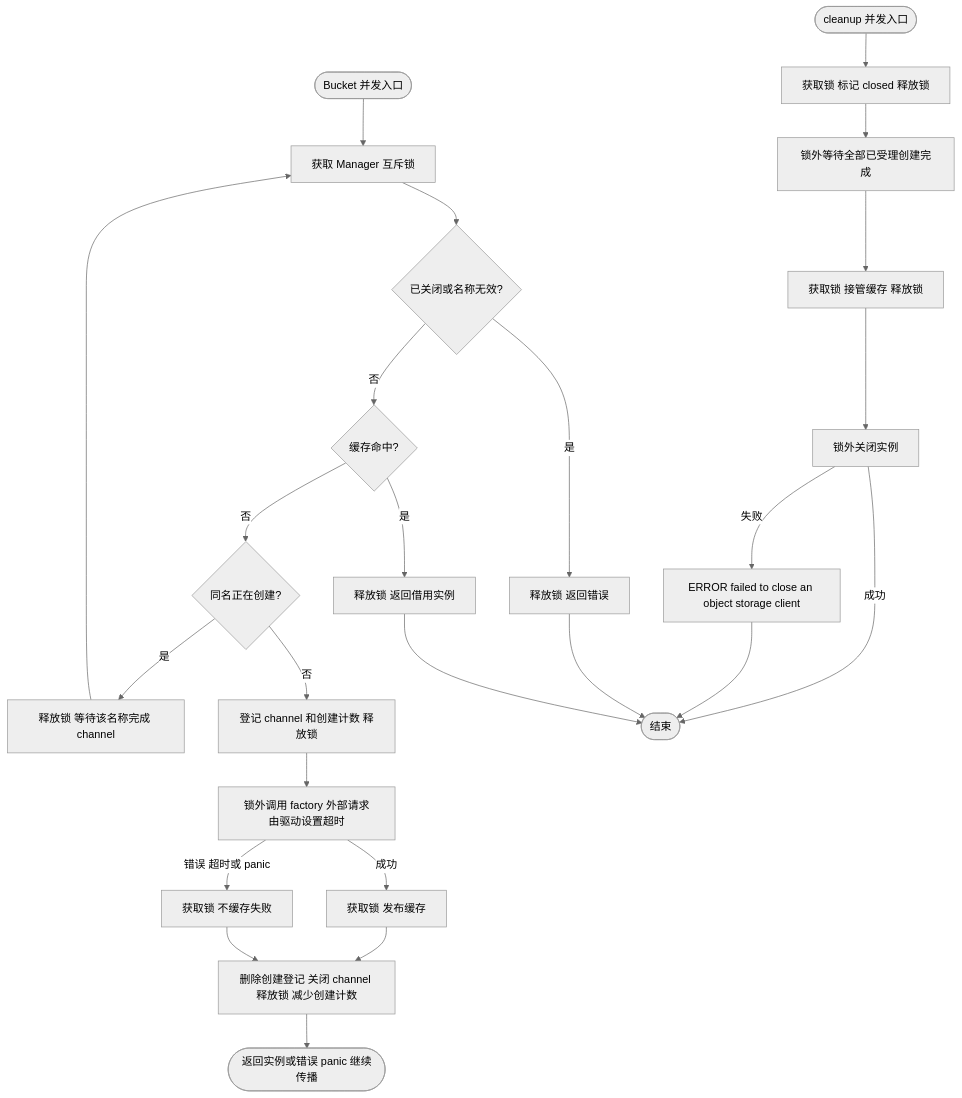
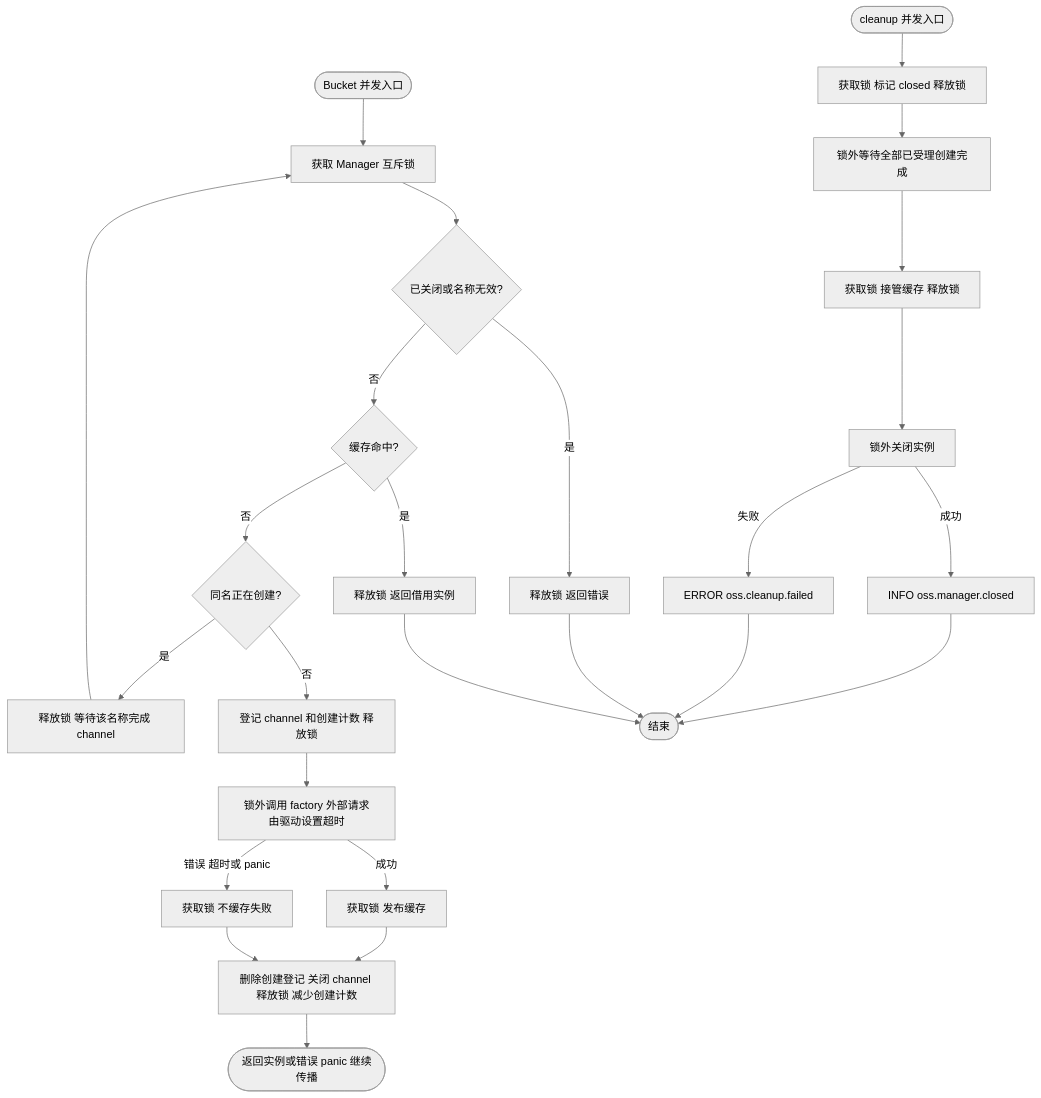
Before and after one commit to jaggerzhuang1994/kratos-foundation: the second of 5 diagrams in pkg/oss/README.md, drawn with Mermaid (neutral theme). The commit also changed other lines of this file and 204 other files, not shown here.

````diff
--- a/pkg/oss/README.md
+++ b/pkg/oss/README.md
@@ -72,27 +71,28 @@
 ```mermaid
 flowchart TD
     A([Bucket 并发入口]) --> B[获取 Manager 互斥锁]
     B --> C{已关闭或名称无效?}
     C -- 是 --> D[释放锁 返回错误]
     C -- 否 --> E{缓存命中?}
     E -- 是 --> F[释放锁 返回借用实例]
     E -- 否 --> G{同名正在创建?}
     G -- 是 --> H[释放锁 等待该名称完成 channel]
     H --> B
     G -- 否 --> I[登记 channel 和创建计数 释放锁]
     I --> J[锁外调用 factory 外部请求由驱动设置超时]
     J -- 成功 --> K[获取锁 发布缓存]
     J -- 错误 超时或 panic --> L[获取锁 不缓存失败]
     K --> M[删除创建登记 关闭 channel 释放锁 减少创建计数]
     L --> M
     M --> N([返回实例或错误 panic 继续传播])
     O([cleanup 并发入口]) --> P[获取锁 标记 closed 释放锁]
     P --> Q[锁外等待全部已受理创建完成]
     Q --> R[获取锁 接管缓存 释放锁]
     R --> S[锁外关闭实例]
-    S -- 失败 --> T[ERROR failed to close an object storage client]
-    S -- 成功 --> U([结束])
+    S -- 失败 --> T[ERROR oss.cleanup.failed]
+    S -- 成功 --> S1[INFO oss.manager.closed]
+    S1 --> U([结束])
     T --> U
     D --> U
     F --> U
 ```
````
